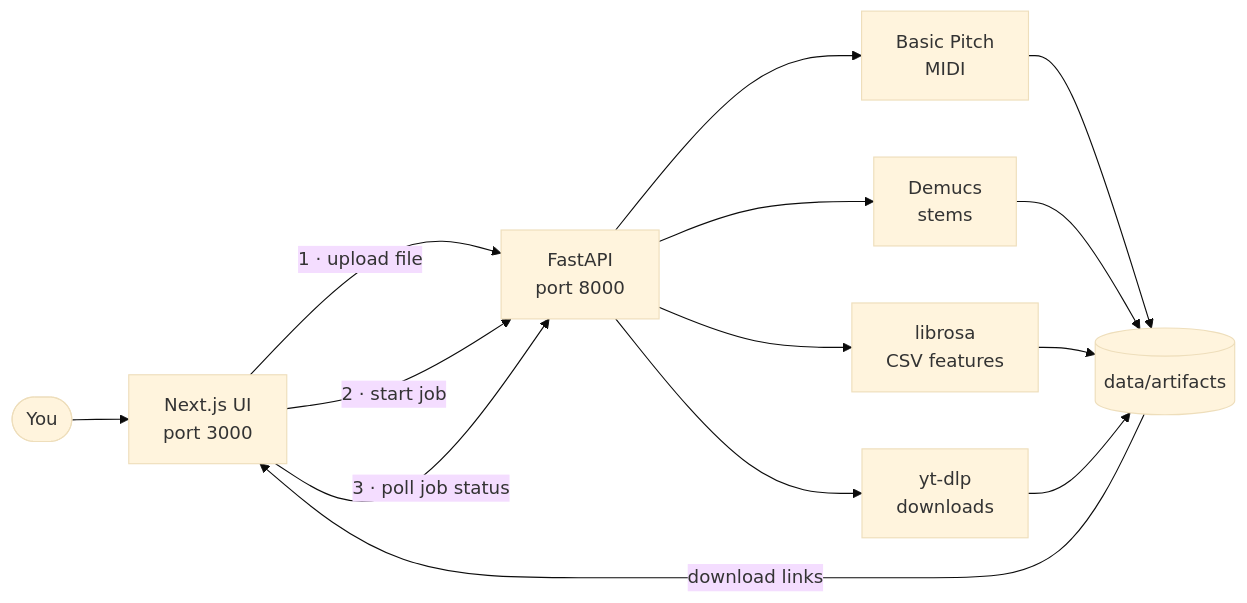
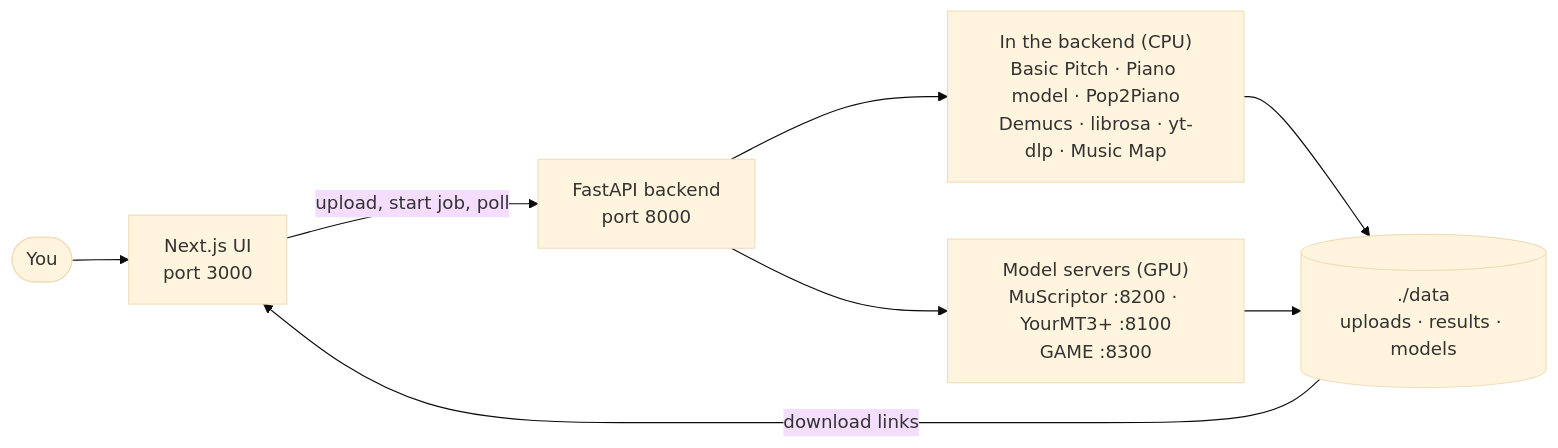
One commit to agangdut/supermusic changed the diagram in README.md. Above: the diagram before and after it, drawn with Mermaid (base theme). The commit also changed other lines of this file and 15 other files, not shown here.

````diff
--- a/README.md
+++ b/README.md
@@ -103,13 +118,9 @@
 ```mermaid
 flowchart LR
     U([You]) --> FE[Next.js UI<br/>port 3000]
-    FE -- "1 · upload file" --> API[FastAPI<br/>port 8000]
-    FE -- "2 · start job" --> API
-    FE -- "3 · poll job status" --> API
-    API --> BP[Basic Pitch<br/>MIDI]
-    API --> DM[Demucs<br/>stems]
-    API --> LB[librosa<br/>CSV features]
-    API --> YT[yt-dlp<br/>downloads]
-    BP & DM & LB & YT --> ART[(data/artifacts)]
+    FE -- "upload, start job, poll" --> API[FastAPI backend<br/>port 8000]
+    API --> CPU["In the backend (CPU)<br/>Basic Pitch · Piano model · Pop2Piano<br/>Demucs · librosa · yt-dlp · Music Map"]
+    API --> GPU["Model servers (GPU)<br/>MuScriptor :8200 · YourMT3+ :8100<br/>GAME :8300"]
+    CPU & GPU --> ART[(./data<br/>uploads · results · models)]
     ART -- "download links" --> FE
 ```
````
